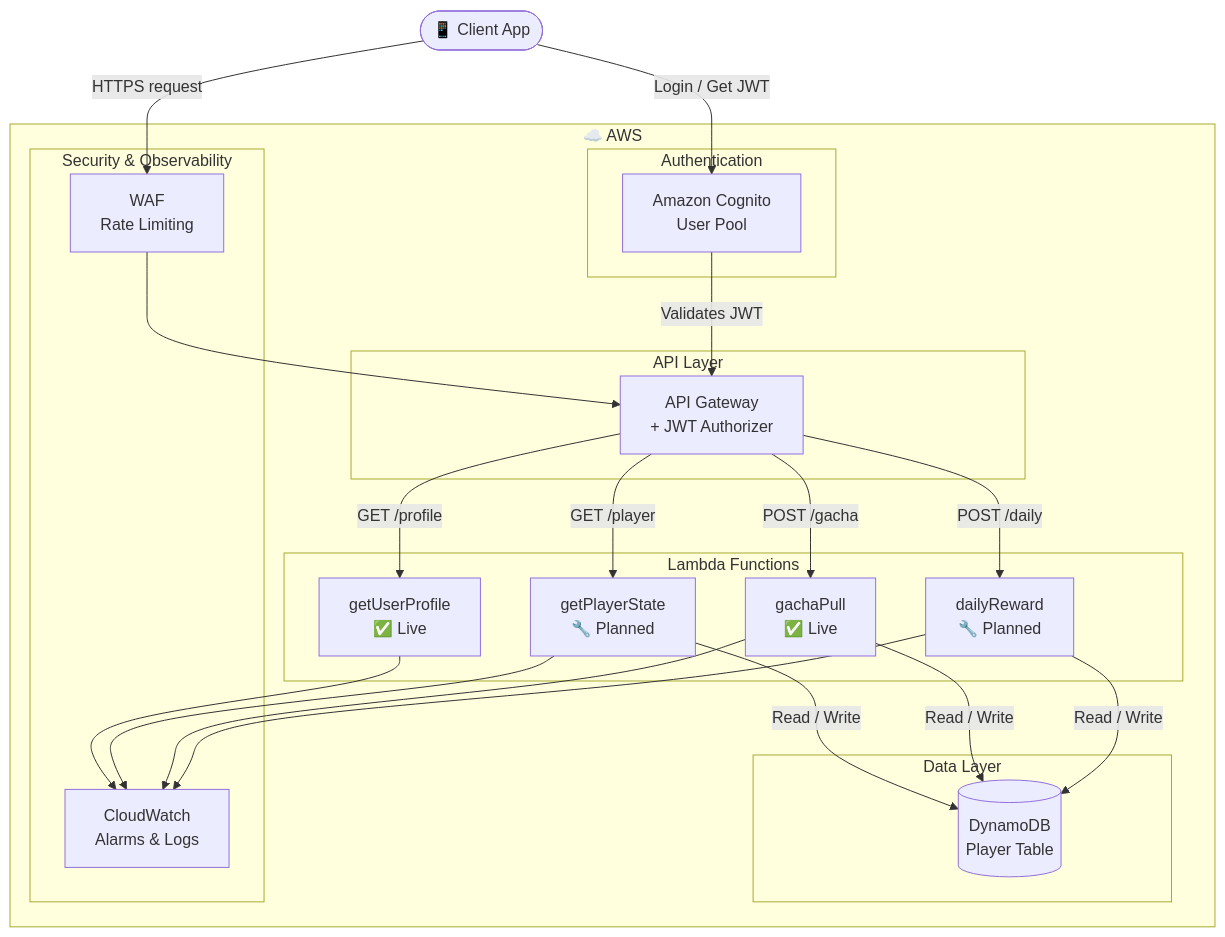
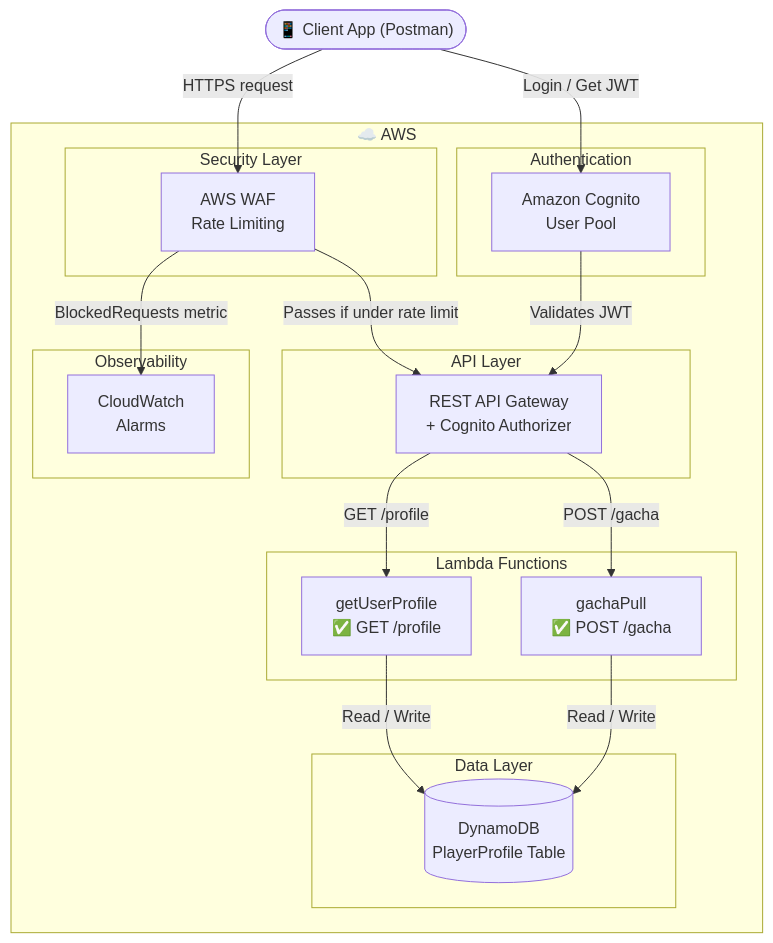
The diagram in README.md (menchikatsubentou/gachafakebackend), drawn with Mermaid before and after one commit. The commit also changed other lines of this file, not shown here.

````diff
--- a/README.md
+++ b/README.md
@@ -24,44 +24,42 @@
 ```mermaid
 flowchart TD
-    Client(["📱 Client App"])
+    Client(["📱 Client App (Postman)"])
 
     subgraph AWS ["☁️ AWS"]
         subgraph Auth ["Authentication"]
             Cognito["Amazon Cognito\nUser Pool"]
         end
 
+        subgraph Security ["Security Layer"]
+            WAF["AWS WAF\nRate Limiting"]
+        end
+
         subgraph API ["API Layer"]
-            GW["API Gateway\n+ JWT Authorizer"]
+            GW["REST API Gateway\n+ Cognito Authorizer"]
         end
 
         subgraph Compute ["Lambda Functions"]
-            L1["getUserProfile\n✅ Live"]
-            L2["getPlayerState\n🔧 Planned"]
-            L3["gachaPull\n✅ Live"]
-            L4["dailyReward\n🔧 Planned"]
+            L1["getUserProfile\n✅ GET /profile"]
+            L3["gachaPull\n✅ POST /gacha"]
         end
 
         subgraph Data ["Data Layer"]
-            DB[("DynamoDB\nPlayer Table")]
+            DB[("DynamoDB\nPlayerProfile Table")]
         end
 
-        subgraph Security ["Security & Observability"]
-            WAF["WAF\nRate Limiting"]
-            CW["CloudWatch\nAlarms & Logs"]
+        subgraph Observability ["Observability"]
+            CW["CloudWatch\nAlarms"]
         end
     end
 
     Client -->|"HTTPS request"| WAF
-    WAF --> GW
+    WAF -->|"Passes if under rate limit"| GW
     Client -->|"Login / Get JWT"| Cognito
     Cognito -->|"Validates JWT"| GW
 
     GW -->|"GET /profile"| L1
-    GW -->|"GET /player"| L2
     GW -->|"POST /gacha"| L3
-    GW -->|"POST /daily"| L4
 
-    L2 & L3 & L4 -->|"Read / Write"| DB
-
-    L1 & L2 & L3 & L4 --> CW
+    L1 & L3 -->|"Read / Write"| DB
+    WAF -->|"BlockedRequests metric"| CW
 ```
````
